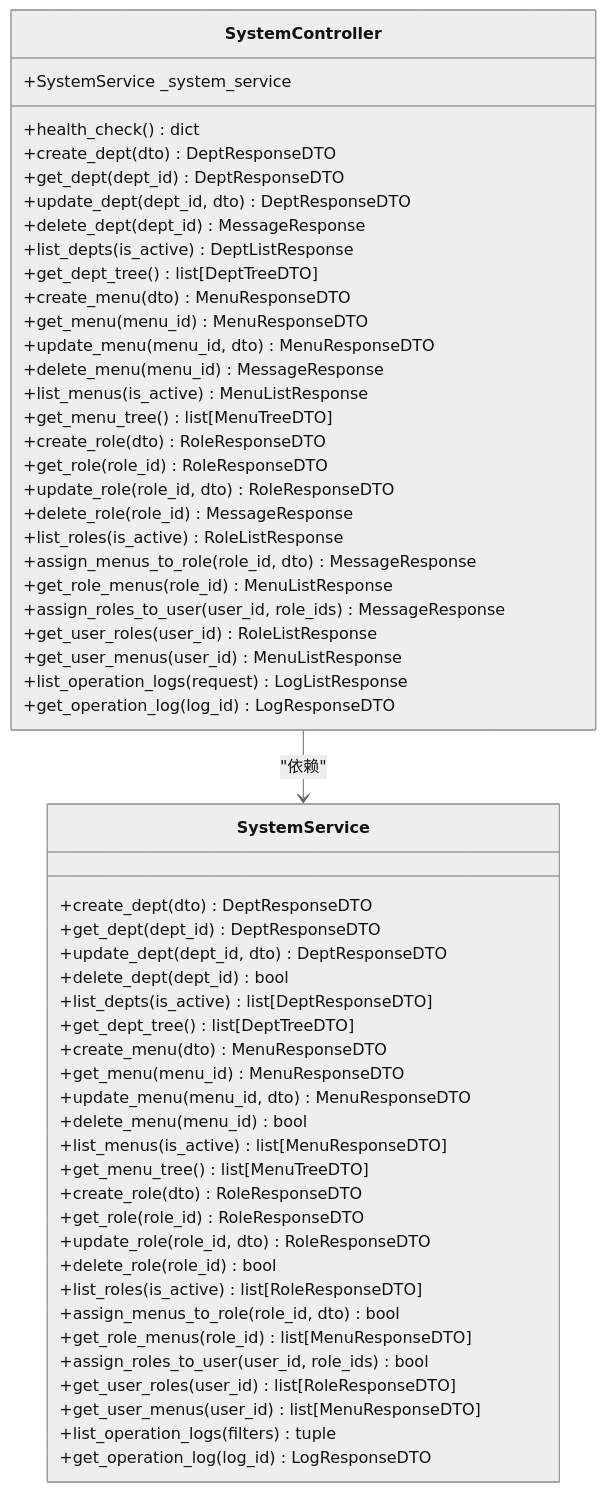
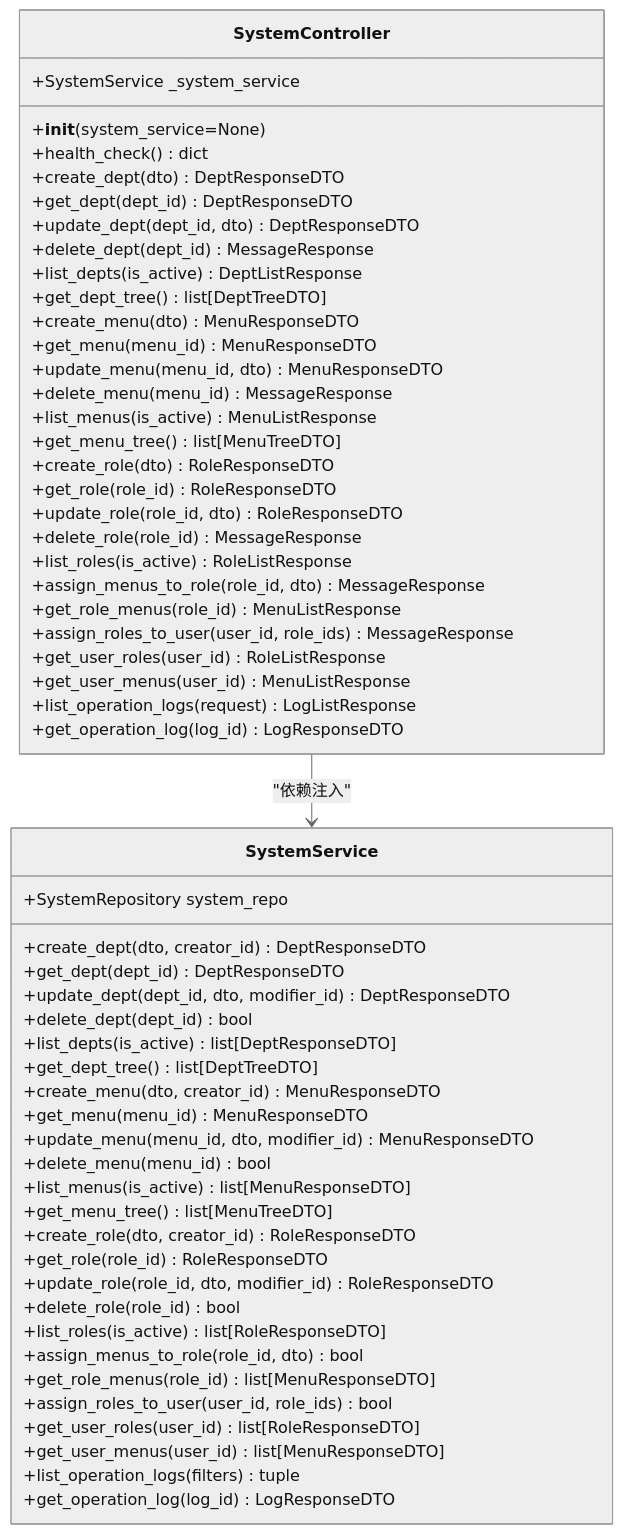
Before and after one commit to taoweidong/Hello-Django-Ninja-Api: the second of 14 diagrams in .qoder/repowiki/zh/content/API 接口文档/系统管理接口.md, drawn with Mermaid (neutral theme). The commit also changed other lines of this file and 7 other files, not shown here.

````diff
--- a/.qoder/repowiki/zh/content/API 接口文档/系统管理接口.md
+++ b/.qoder/repowiki/zh/content/API 接口文档/系统管理接口.md
@@ -95,58 +138,60 @@
 ```mermaid
 classDiagram
 class SystemController {
 +SystemService _system_service
++__init__(system_service=None)
 +health_check() dict
 +create_dept(dto) DeptResponseDTO
 +get_dept(dept_id) DeptResponseDTO
 +update_dept(dept_id, dto) DeptResponseDTO
 +delete_dept(dept_id) MessageResponse
 +list_depts(is_active) DeptListResponse
 +get_dept_tree() list[DeptTreeDTO]
 +create_menu(dto) MenuResponseDTO
 +get_menu(menu_id) MenuResponseDTO
 +update_menu(menu_id, dto) MenuResponseDTO
 +delete_menu(menu_id) MessageResponse
 +list_menus(is_active) MenuListResponse
 +get_menu_tree() list[MenuTreeDTO]
 +create_role(dto) RoleResponseDTO
 +get_role(role_id) RoleResponseDTO
 +update_role(role_id, dto) RoleResponseDTO
 +delete_role(role_id) MessageResponse
 +list_roles(is_active) RoleListResponse
 +assign_menus_to_role(role_id, dto) MessageResponse
 +get_role_menus(role_id) MenuListResponse
 +assign_roles_to_user(user_id, role_ids) MessageResponse
 +get_user_roles(user_id) RoleListResponse
 +get_user_menus(user_id) MenuListResponse
 +list_operation_logs(request) LogListResponse
 +get_operation_log(log_id) LogResponseDTO
 }
 class SystemService {
-+create_dept(dto) DeptResponseDTO
++SystemRepository system_repo
++create_dept(dto, creator_id) DeptResponseDTO
 +get_dept(dept_id) DeptResponseDTO
-+update_dept(dept_id, dto) DeptResponseDTO
++update_dept(dept_id, dto, modifier_id) DeptResponseDTO
 +delete_dept(dept_id) bool
 +list_depts(is_active) list[DeptResponseDTO]
 +get_dept_tree() list[DeptTreeDTO]
-+create_menu(dto) MenuResponseDTO
++create_menu(dto, creator_id) MenuResponseDTO
 +get_menu(menu_id) MenuResponseDTO
-+update_menu(menu_id, dto) MenuResponseDTO
++update_menu(menu_id, dto, modifier_id) MenuResponseDTO
 +delete_menu(menu_id) bool
 +list_menus(is_active) list[MenuResponseDTO]
 +get_menu_tree() list[MenuTreeDTO]
-+create_role(dto) RoleResponseDTO
++create_role(dto, creator_id) RoleResponseDTO
 +get_role(role_id) RoleResponseDTO
-+update_role(role_id, dto) RoleResponseDTO
++update_role(role_id, dto, modifier_id) RoleResponseDTO
 +delete_role(role_id) bool
 +list_roles(is_active) list[RoleResponseDTO]
 +assign_menus_to_role(role_id, dto) bool
 +get_role_menus(role_id) list[MenuResponseDTO]
 +assign_roles_to_user(user_id, role_ids) bool
 +get_user_roles(user_id) list[RoleResponseDTO]
 +get_user_menus(user_id) list[MenuResponseDTO]
 +list_operation_logs(filters) tuple
 +get_operation_log(log_id) LogResponseDTO
 }
-SystemController --> SystemService : "依赖"
+SystemController --> SystemService : "依赖注入"
 ```
````
